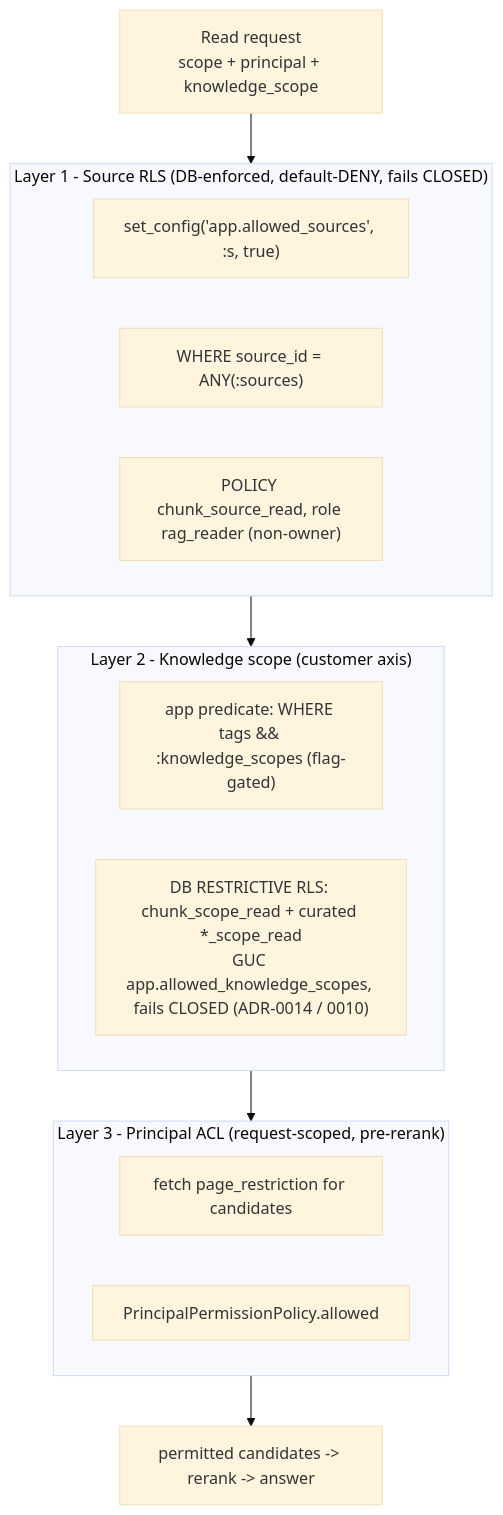
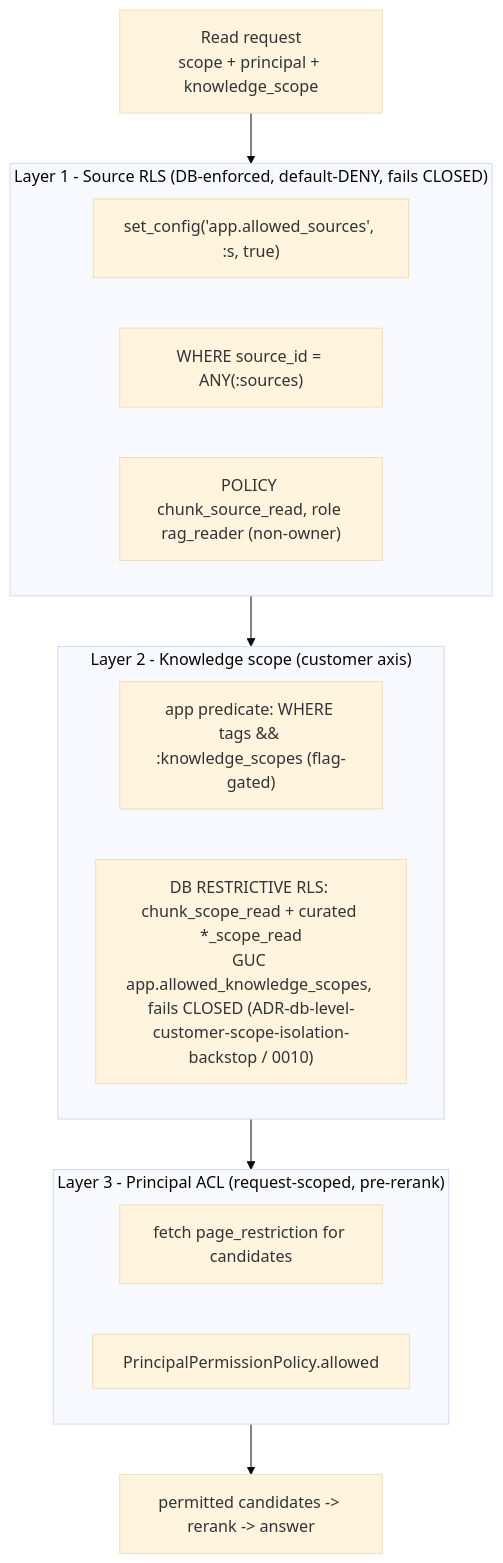
Before and after one commit to vansteenbergenmatisse/Obi_v1: the fifth of 6 diagrams in docs/_archive/rag-legacy-pre-phase0/OBI-RAG-SYSTEM-A-Z.md, drawn with Mermaid (base theme). The commit also changed other lines of this file and 300 other files, not shown here.

````diff
--- a/docs/_archive/rag-legacy-pre-phase0/OBI-RAG-SYSTEM-A-Z.md
+++ b/docs/_archive/rag-legacy-pre-phase0/OBI-RAG-SYSTEM-A-Z.md
@@ -931,20 +931,20 @@
 ```mermaid
 flowchart TB
   REQ["Read request<br/>scope + principal + knowledge_scope"] --> L1
   subgraph L1["Layer 1 - Source RLS (DB-enforced, default-DENY, fails CLOSED)"]
     G1["set_config('app.allowed_sources', :s, true)"]
     G2["WHERE source_id = ANY(:sources)"]
     POL["POLICY chunk_source_read, role rag_reader (non-owner)"]
   end
   L1 --> L2
   subgraph L2["Layer 2 - Knowledge scope (customer axis)"]
     K1["app predicate: WHERE tags && :knowledge_scopes (flag-gated)"]
-    K2["DB RESTRICTIVE RLS: chunk_scope_read + curated *_scope_read<br/>GUC app.allowed_knowledge_scopes, fails CLOSED (ADR-0014 / 0010)"]
+    K2["DB RESTRICTIVE RLS: chunk_scope_read + curated *_scope_read<br/>GUC app.allowed_knowledge_scopes, fails CLOSED (ADR-db-level-customer-scope-isolation-backstop / 0010)"]
   end
   L2 --> L3
   subgraph L3["Layer 3 - Principal ACL (request-scoped, pre-rerank)"]
     A1["fetch page_restriction for candidates"]
     A2["PrincipalPermissionPolicy.allowed"]
   end
   L3 --> OUT["permitted candidates -> rerank -> answer"]
 ```
````
